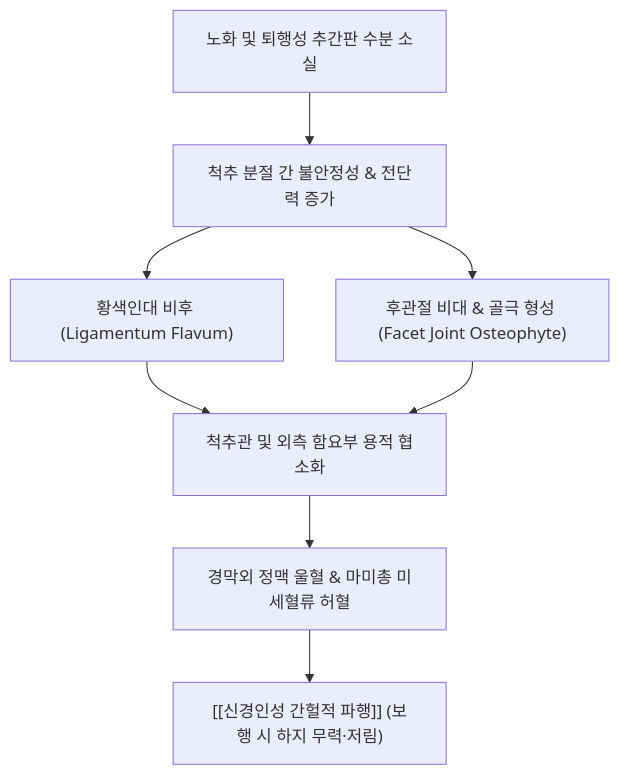
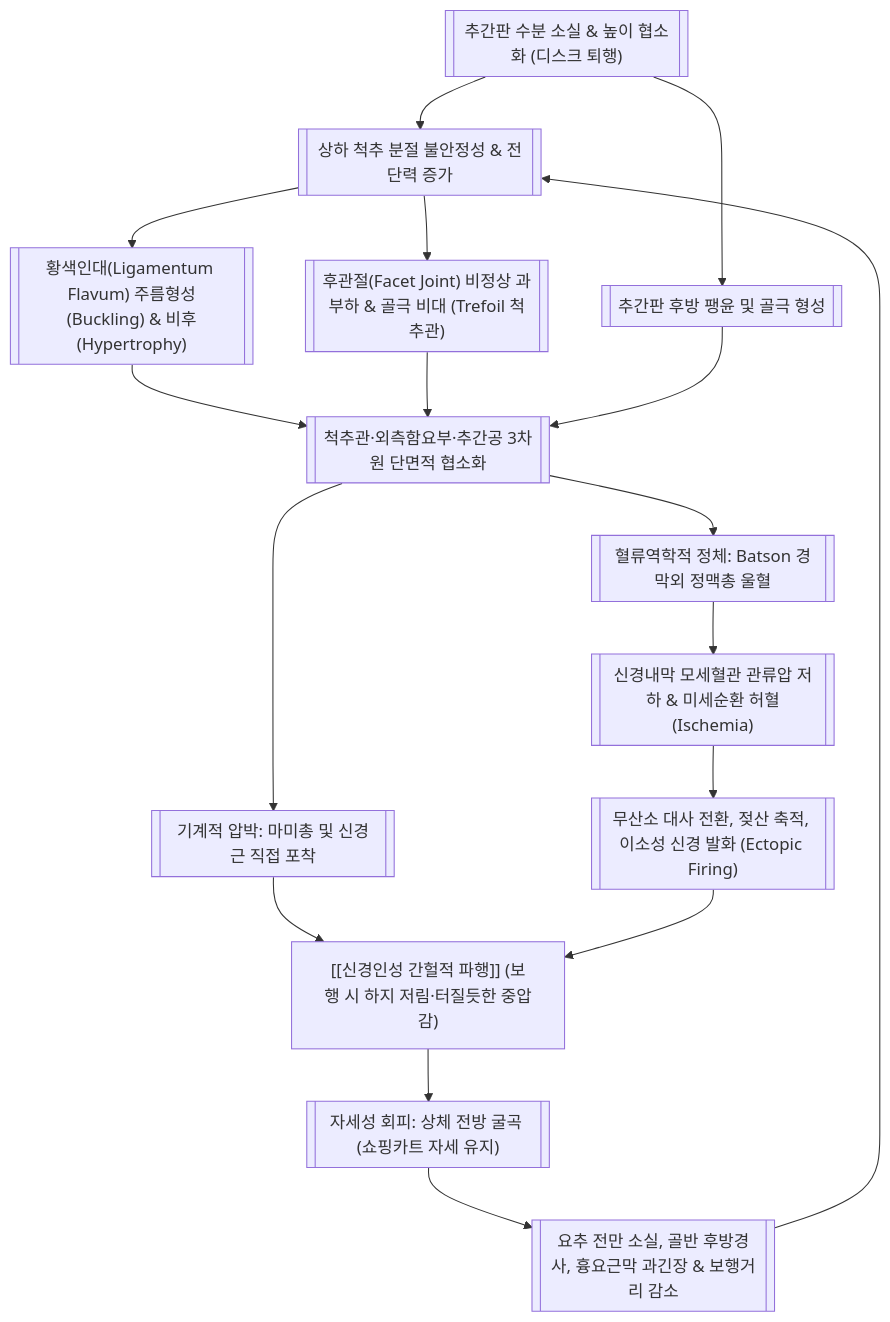
Before and after one commit to simbio11/simbio-digital-garden2: the first of 4 diagrams in content/3. 이론 공부/질환/근골격계 질환/척추/척추관 협착증.md, drawn with Mermaid. The commit also changed other lines of this file and 350 other files, not shown here.

````diff
--- a/content/3. 이론 공부/질환/근골격계 질환/척추/척추관 협착증.md
+++ b/content/3. 이론 공부/질환/근골격계 질환/척추/척추관 협착증.md
@@ -48,10 +92,19 @@
 ```mermaid
 graph TD
-    Aging["노화 및 퇴행성 추간판 수분 소실"] --> Instability["척추 분절 간 불안정성 & 전단력 증가"]
-    Instability --> Hypertrophy["황색인대 비후 (Ligamentum Flavum)"]
-    Instability --> Facet["후관절 비대 & 골극 형성 (Facet Joint Osteophyte)"]
-    Hypertrophy --> Stenosis["척추관 및 외측 함요부 용적 협소화"]
-    Facet --> Stenosis
-    Stenosis --> Ischemia["경막외 정맥 울혈 & 마미총 미세혈류 허혈"]
-    Ischemia --> NIC["[[신경인성 간헐적 파행]] (보행 시 하지 무력·저림)"]
+    A[["추간판 수분 소실 & 높이 협소화 (디스크 퇴행)"]] --> B[["상하 척추 분절 불안정성 & 전단력 증가"]]
+    B --> C1[["황색인대(Ligamentum Flavum) 주름형성(Buckling) & 비후(Hypertrophy)"]]
+    B --> C2[["후관절(Facet Joint) 비정상 과부하 & 골극 비대 (Trefoil 척추관)"]]
+    A --> C3[["추간판 후방 팽윤 및 골극 형성"]]
+    C1 --> D[["척추관·외측함요부·추간공 3차원 단면적 협소화"]]
+    C2 --> D
+    C3 --> D
+    D --> E1[["기계적 압박: 마미총 및 신경근 직접 포착"]]
+    D --> E2[["혈류역학적 정체: Batson 경막외 정맥총 울혈"]]
+    E2 --> F[["신경내막 모세혈관 관류압 저하 & 미세순환 허혈(Ischemia)"]]
+    F --> G[["무산소 대사 전환, 젖산 축적, 이소성 신경 발화 (Ectopic Firing)"]]
+    E1 --> H["[[신경인성 간헐적 파행]] (보행 시 하지 저림·터질듯한 중압감)"]
+    G --> H
+    H --> I[["자세성 회피: 상체 전방 굴곡 (쇼핑카트 자세 유지)"]]
+    I --> J[["요추 전만 소실, 골반 후방경사, 흉요근막 과긴장 & 보행거리 감소"]]
+    J --> B
 ```
````
